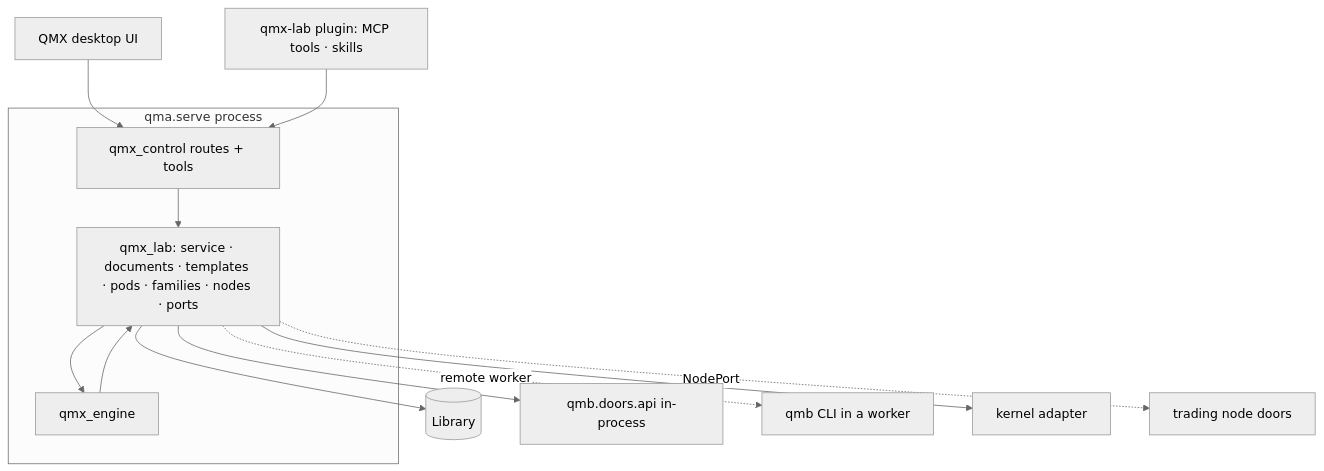
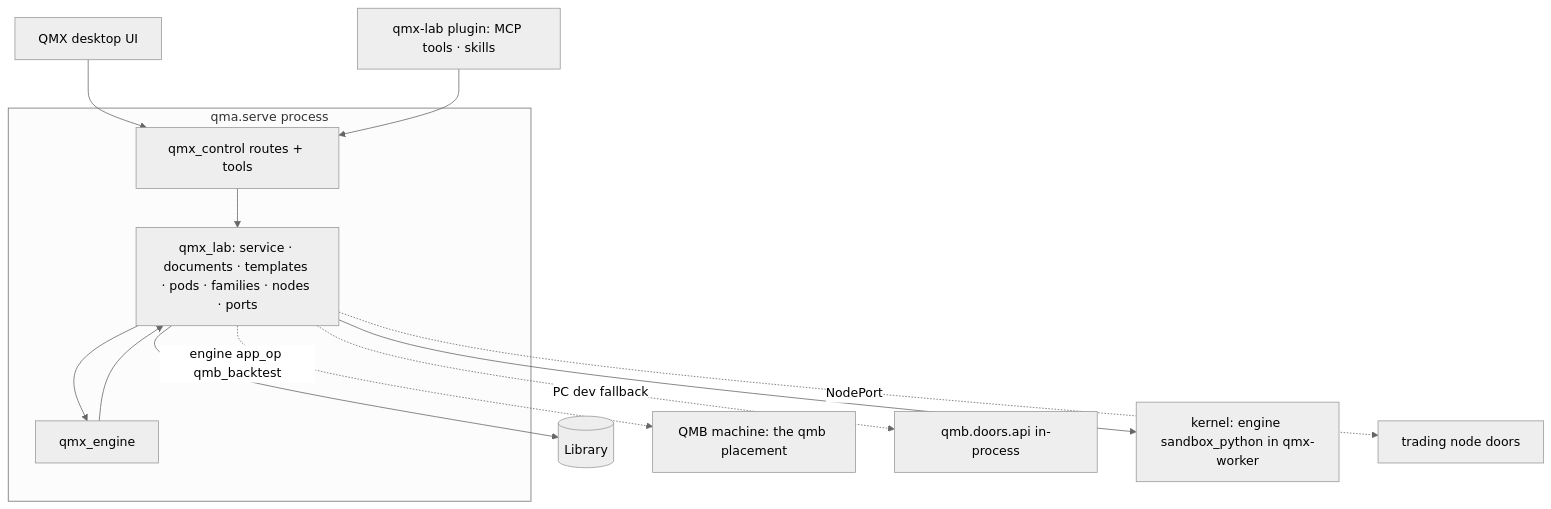
Before and after one commit to mubarakhimself-byte/QMX: the second of 3 diagrams in tracker/qma-v2/architecture/lab-and-pods/ARCHITECTURE-SPINE.md, drawn with Mermaid (neutral theme). The commit also changed other lines of this file and 162 other files, not shown here.

Commit message:
QMA v2 engine program: ENGINE-PLAN + PROMPT-ENGINE (20 PRs, check-plan 0), architectures amended via 27b/27c/27d, Wayfinder rewrite, drafts archived, rulings 1-88

````diff
--- a/tracker/qma-v2/architecture/lab-and-pods/ARCHITECTURE-SPINE.md
+++ b/tracker/qma-v2/architecture/lab-and-pods/ARCHITECTURE-SPINE.md
@@ -217,18 +219,18 @@
 ```mermaid
 flowchart TB
   subgraph PROC["qma.serve process"]
     CTRL[qmx_control routes + tools]
     LAB[qmx_lab: service · documents · templates · pods · families · nodes · ports]
     ENG[qmx_engine]
     CTRL --> LAB
     LAB --> ENG
     ENG --> LAB
   end
   UI[QMX desktop UI] --> CTRL
   CP[qmx-lab plugin: MCP tools · skills] --> CTRL
   LAB --> LIB[(Library)]
-  LAB --> QMBA[qmb.doors.api in-process]
-  LAB -. remote worker .-> QMBC[qmb CLI in a worker]
-  LAB --> KER[kernel adapter]
+  LAB -. engine app_op qmb_backtest .-> QMBA[QMB machine: the qmb placement]
+  LAB -. PC dev fallback .-> QMBC[qmb.doors.api in-process]
+  LAB --> KER[kernel: engine sandbox_python in qmx-worker]
   LAB -. NodePort .-> QMN[trading node doors]
 ```
````
